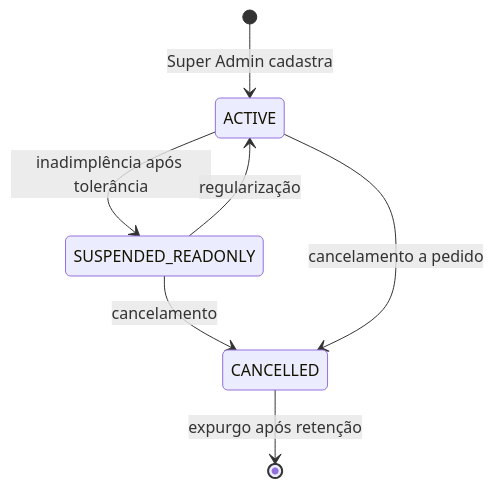
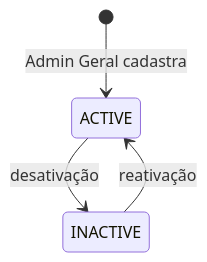
Before and after one commit to JuanServelo/Mora-Backend: the third of 5 diagrams in docs/ESPECIFICACAO-PROJETO.md, drawn with Mermaid. The commit also changed other lines of this file and 15 other files, not shown here.

````diff
--- a/docs/ESPECIFICACAO-PROJETO.md
+++ b/docs/ESPECIFICACAO-PROJETO.md
@@ -212,9 +159,6 @@
 ```mermaid
 stateDiagram-v2
-    [*] --> ACTIVE: Super Admin cadastra
-    ACTIVE --> SUSPENDED_READONLY: inadimplência após tolerância
-    SUSPENDED_READONLY --> ACTIVE: regularização
-    SUSPENDED_READONLY --> CANCELLED: cancelamento
-    ACTIVE --> CANCELLED: cancelamento a pedido
-    CANCELLED --> [*]: expurgo após retenção
+    [*] --> ACTIVE: Admin Geral cadastra
+    ACTIVE --> INACTIVE: desativação
+    INACTIVE --> ACTIVE: reativação
 ```
````
